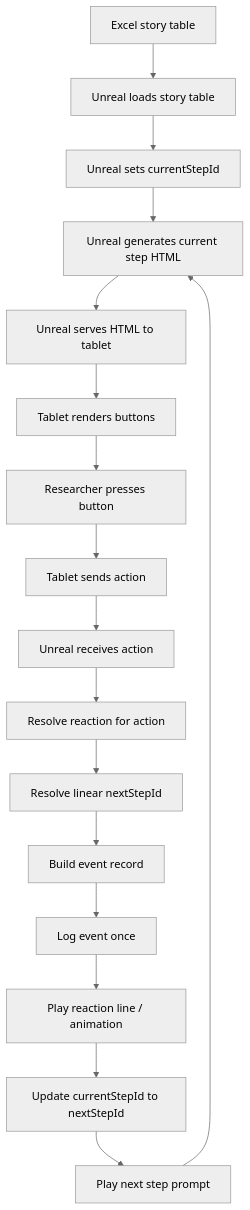
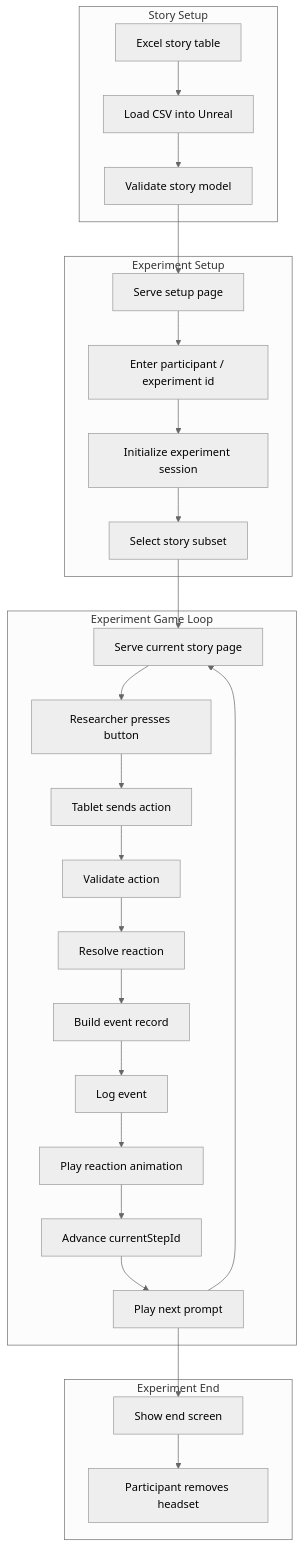
Before and after one commit to J-Andersen-UvA/ToucanVault: the diagram in ToDo/JamesDev.md, drawn with Mermaid (neutral theme). The commit also changed other lines of this file, not shown here.

Commit message:
vault backup: 2026-06-08 14:10:45

````diff
--- a/ToDo/JamesDev.md
+++ b/ToDo/JamesDev.md
@@ -38,24 +40,45 @@
 ```mermaid
 flowchart TD
-    A[Excel story table] --> B[Unreal loads story table]
 
-    B --> C[Unreal sets currentStepId]
-    C --> D[Unreal generates current step HTML]
-    D --> E[Unreal serves HTML to tablet]
+    subgraph StorySetup["Story Setup"]
+        A[Excel story table]
+        B[Load CSV into Unreal]
+        C[Validate story model]
+        A --> B --> C
+    end
 
-    E --> F[Tablet renders buttons]
-    F --> G[Researcher presses button]
+    subgraph ExperimentSetup["Experiment Setup"]
+        D[Serve setup page]
+        E[Enter participant / experiment id]
+        F[Initialize experiment session]
+        G[Select story subset]
+        D --> E --> F --> G
+    end
 
-    G --> H[Tablet sends action]
-    H --> I[Unreal receives action]
+    subgraph StoryLoop["Experiment Game Loop"]
+        H[Serve current story page]
+        I[Researcher presses button]
+        J[Tablet sends action]
 
-    I --> J[Resolve reaction for action]
-    J --> K[Resolve linear nextStepId]
-    K --> L[Build event record]
-    L --> M[Log event once]
+        K[Validate action]
+        L[Resolve reaction]
+        M[Build event record]
+        N[Log event]
 
-    M --> N[Play reaction line / animation]
-    N --> O[Update currentStepId to nextStepId]
-    O --> P[Play next step prompt]
-    P --> D
+        O[Play reaction animation]
+        P[Advance currentStepId]
+        Q[Play next prompt]
+
+        H --> I --> J --> K --> L --> M --> N --> O --> P --> Q --> H
+    end
+
+    subgraph ExperimentEnd["Experiment End"]
+        R[Show end screen]
+        S[Participant removes headset]
+        R --> S
+    end
+
+    C --> D
+    G --> H
+    Q --> R
 ```
````
